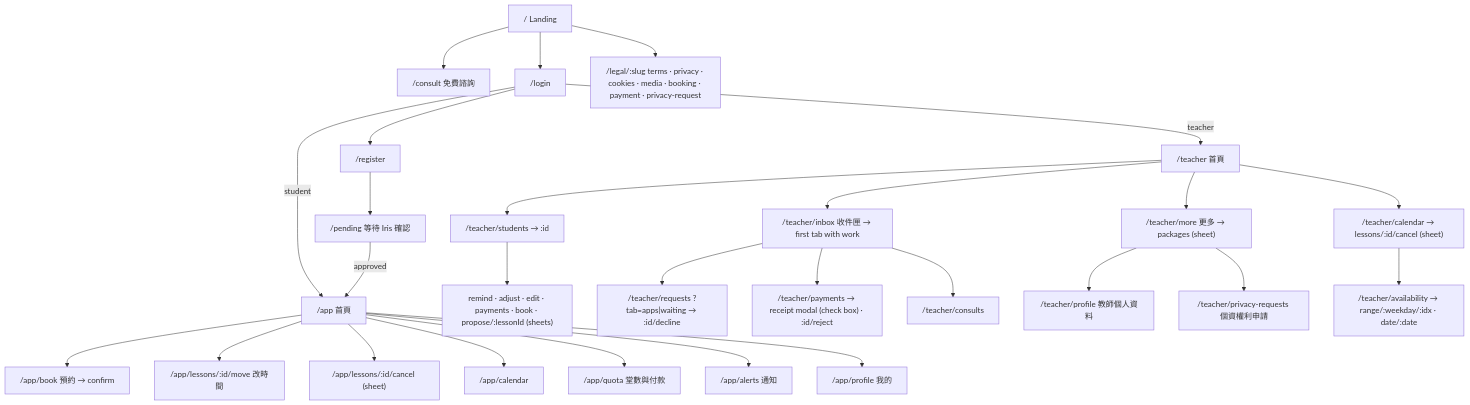
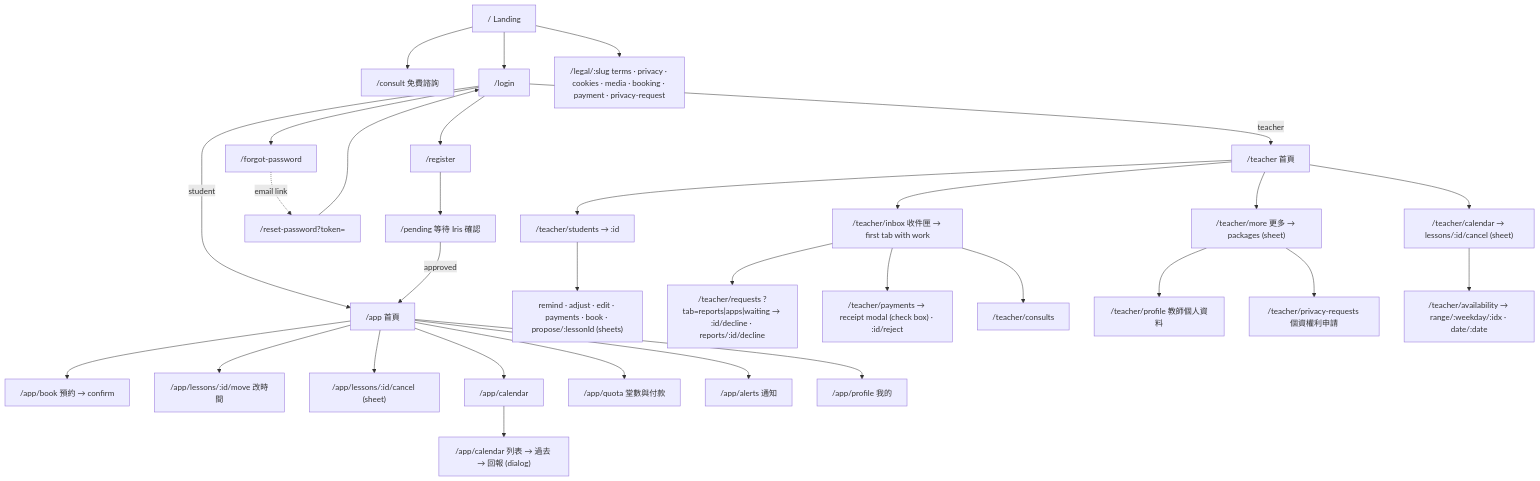
One commit to ChandraJonathanZheng/Iris-Studio changed the second of 15 diagrams in docs/FLOW.md. Above: the diagram before and after it, drawn with Mermaid. The commit also changed other lines of this file and 4 other files, not shown here.

````diff
--- a/docs/FLOW.md
+++ b/docs/FLOW.md
@@ -44,30 +44,32 @@
 ```mermaid
 flowchart TD
   L["/ Landing"] --> C["/consult 免費諮詢"]
   L --> LG["/login"]
   LG --> R["/register"] --> P["/pending 等待 Iris 確認"]
+  LG --> FP["/forgot-password"] -.email link.-> RP["/reset-password?token="] --> LG
   LG -->|student| S["/app 首頁"]
   LG -->|teacher| T["/teacher 首頁"]
   P -->|approved| S
 
   S --> SB["/app/book 預約 → confirm"]
   S --> SM["/app/lessons/:id/move 改時間"]
   S --> SC["/app/lessons/:id/cancel (sheet)"]
   S --> SCal["/app/calendar"]
+  SCal --> SRep["/app/calendar 列表 → 過去 → 回報 (dialog)"]
   S --> SQ["/app/quota 堂數與付款"]
   S --> SA["/app/alerts 通知"]
   S --> SP["/app/profile 我的"]
 
   T --> TC["/teacher/calendar → lessons/:id/cancel (sheet)"]
   T --> TS["/teacher/students → :id"]
   TS --> TSS["remind · adjust · edit · payments · book · propose/:lessonId (sheets)"]
   T --> TI["/teacher/inbox 收件匣 → first tab with work"]
-  TI --> TR["/teacher/requests ?tab=apps|waiting → :id/decline"]
+  TI --> TR["/teacher/requests ?tab=reports|apps|waiting → :id/decline · reports/:id/decline"]
   TI --> TP["/teacher/payments → receipt modal (check box) · :id/reject"]
   TI --> TCo["/teacher/consults"]
   T --> TM["/teacher/more 更多 → packages (sheet)"]
   TM --> TPr["/teacher/profile 教師個人資料"]
   TM --> TPv["/teacher/privacy-requests 個資權利申請"]
   L --> LG2["/legal/:slug terms · privacy · cookies · media · booking · payment · privacy-request"]
   TC --> TAv["/teacher/availability → range/:weekday/:idx · date/:date"]
 ```
````
